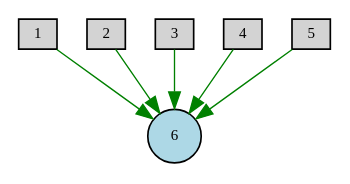
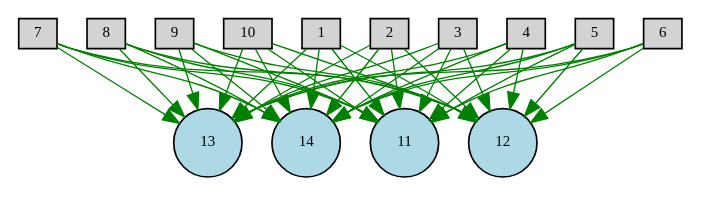
One commit to lodderwin/SNN_thesis changed the diagram in NEAT_CMA_SNN_2D_FLIGHT/Digraph.gv. Above: the diagram before and after it, drawn with Graphviz. The commit also changed 19 other files, not shown here.

```diff
--- a/NEAT_CMA_SNN_2D_FLIGHT/Digraph.gv
+++ b/NEAT_CMA_SNN_2D_FLIGHT/Digraph.gv
@@ -1,14 +1,57 @@
 digraph {
 	node [fontsize=9 height=0.2 shape=circle width=0.2]
 	1 [fillcolor=lightgray shape=box style=filled]
 	2 [fillcolor=lightgray shape=box style=filled]
 	3 [fillcolor=lightgray shape=box style=filled]
 	4 [fillcolor=lightgray shape=box style=filled]
 	5 [fillcolor=lightgray shape=box style=filled]
-	6 [fillcolor=lightblue style=filled]
-	1 -> 6 [color=green penwidth=0.8 style=solid]
-	2 -> 6 [color=green penwidth=0.8 style=solid]
-	3 -> 6 [color=green penwidth=0.8 style=solid]
-	4 -> 6 [color=green penwidth=0.8 style=solid]
-	5 -> 6 [color=green penwidth=0.8 style=solid]
+	6 [fillcolor=lightgray shape=box style=filled]
+	7 [fillcolor=lightgray shape=box style=filled]
+	8 [fillcolor=lightgray shape=box style=filled]
+	9 [fillcolor=lightgray shape=box style=filled]
+	10 [fillcolor=lightgray shape=box style=filled]
+	11 [fillcolor=lightblue style=filled]
+	12 [fillcolor=lightblue style=filled]
+	13 [fillcolor=lightblue style=filled]
+	14 [fillcolor=lightblue style=filled]
+	1 -> 11 [color=green penwidth=0.8 style=solid]
+	1 -> 12 [color=green penwidth=0.8 style=solid]
+	1 -> 13 [color=green penwidth=0.8 style=solid]
+	1 -> 14 [color=green penwidth=0.8 style=solid]
+	2 -> 11 [color=green penwidth=0.8 style=solid]
+	2 -> 12 [color=green penwidth=0.8 style=solid]
+	2 -> 13 [color=green penwidth=0.8 style=solid]
+	2 -> 14 [color=green penwidth=0.8 style=solid]
+	3 -> 11 [color=green penwidth=0.8 style=solid]
+	3 -> 12 [color=green penwidth=0.8 style=solid]
+	3 -> 13 [color=green penwidth=0.8 style=solid]
+	3 -> 14 [color=green penwidth=0.8 style=solid]
+	4 -> 11 [color=green penwidth=0.8 style=solid]
+	4 -> 12 [color=green penwidth=0.8 style=solid]
+	4 -> 13 [color=green penwidth=0.8 style=solid]
+	4 -> 14 [color=green penwidth=0.8 style=solid]
+	5 -> 11 [color=green penwidth=0.8 style=solid]
+	5 -> 12 [color=green penwidth=0.8 style=solid]
+	5 -> 13 [color=green penwidth=0.8 style=solid]
+	5 -> 14 [color=green penwidth=0.8 style=solid]
+	6 -> 11 [color=green penwidth=0.8 style=solid]
+	6 -> 12 [color=green penwidth=0.8 style=solid]
+	6 -> 13 [color=green penwidth=0.8 style=solid]
+	6 -> 14 [color=green penwidth=0.8 style=solid]
+	7 -> 11 [color=green penwidth=0.8 style=solid]
+	7 -> 12 [color=green penwidth=0.8 style=solid]
+	7 -> 13 [color=green penwidth=0.8 style=solid]
+	7 -> 14 [color=green penwidth=0.8 style=solid]
+	8 -> 11 [color=green penwidth=0.8 style=solid]
+	8 -> 12 [color=green penwidth=0.8 style=solid]
+	8 -> 13 [color=green penwidth=0.8 style=solid]
+	8 -> 14 [color=green penwidth=0.8 style=solid]
+	9 -> 11 [color=green penwidth=0.8 style=solid]
+	9 -> 12 [color=green penwidth=0.8 style=solid]
+	9 -> 13 [color=green penwidth=0.8 style=solid]
+	9 -> 14 [color=green penwidth=0.8 style=solid]
+	10 -> 11 [color=green penwidth=0.8 style=solid]
+	10 -> 12 [color=green penwidth=0.8 style=solid]
+	10 -> 13 [color=green penwidth=0.8 style=solid]
+	10 -> 14 [color=green penwidth=0.8 style=solid]
 }
```
